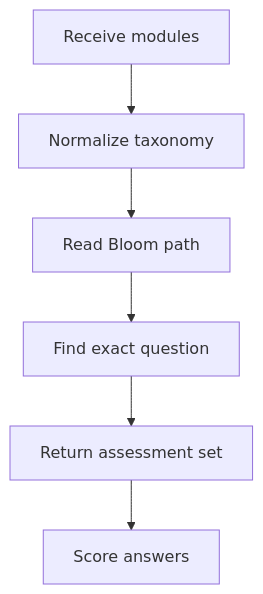
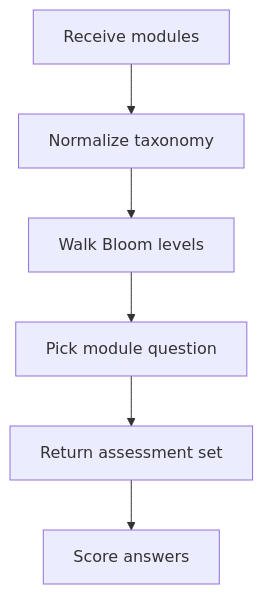
One commit to JohnAndrewBalbarosa/NeoTerritory changed the first of 2 diagrams in docs/Codebase/Frontend/src/data/learningAssessments.ts.md. Above: the diagram before and after it, drawn with Mermaid. The commit also changed other lines of this file and 10 other files, not shown here.

````diff
--- a/docs/Codebase/Frontend/src/data/learningAssessments.ts.md
+++ b/docs/Codebase/Frontend/src/data/learningAssessments.ts.md
@@ -9,11 +9,11 @@
 ```mermaid
 flowchart TD
     Start["Receive modules"]
     Norm["Normalize taxonomy"]
-    Plan["Read Bloom path"]
-    Match["Find exact question"]
+    Plan["Walk Bloom levels"]
+    Match["Pick module question"]
     Emit["Return assessment set"]
     Grade["Score answers"]
 
     Start --> Norm --> Plan --> Match --> Emit --> Grade
 ```
````
